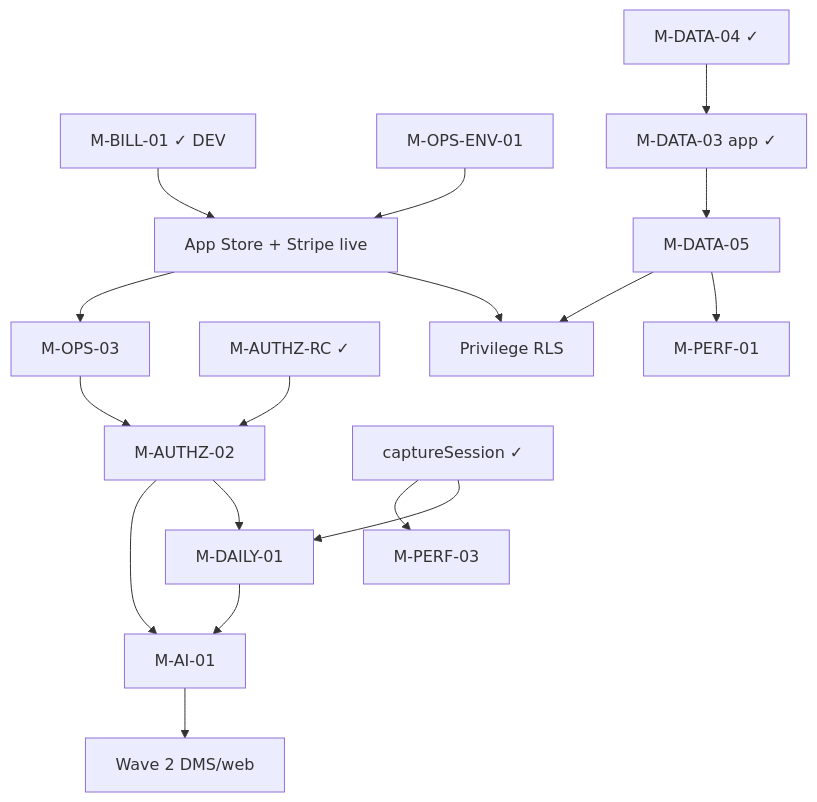
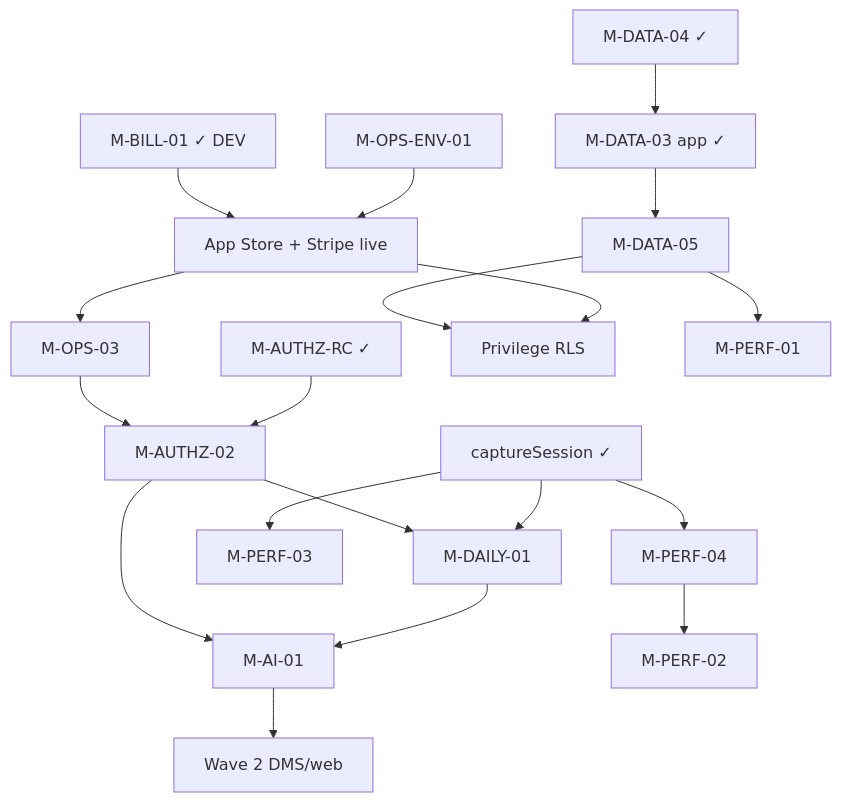
One commit to insitetechltd/buildtrack changed the third of 3 diagrams in documentation/ROADMAP.md. Above: the diagram before and after it, drawn with Mermaid. The commit also changed other lines of this file and 112 other files, not shown here.

````diff
--- a/documentation/ROADMAP.md
+++ b/documentation/ROADMAP.md
@@ -80,19 +81,21 @@
 ```mermaid
 flowchart TB
   BILL01["M-BILL-01 ✓ DEV"] --> STORE2["App Store + Stripe live"]
   ENV01["M-OPS-ENV-01"] --> STORE2
   STORE2 --> OPS032["M-OPS-03"]
   OPS032 --> AUTHZ022["M-AUTHZ-02"]
   AUTHZRC["M-AUTHZ-RC ✓"] --> AUTHZ022
   AUTHZ022 --> AI012["M-AI-01"]
   AUTHZ022 --> DAILY2["M-DAILY-01"]
   DAILY2 --> AI012
   CAP["captureSession ✓"] --> PERF03["M-PERF-03"]
+  CAP --> PERF04["M-PERF-04"]
   CAP --> DAILY2
   DATA04["M-DATA-04 ✓"] --> DATA03["M-DATA-03 app ✓"]
   DATA03 --> DATA05["M-DATA-05"]
   DATA05 --> RLS2["Privilege RLS"]
   DATA05 --> PERF01["M-PERF-01"]
+  PERF04 --> PERF02["M-PERF-02"]
   STORE2 --> RLS2
   AI012 --> WAVE22["Wave 2 DMS/web"]
 ```
````
